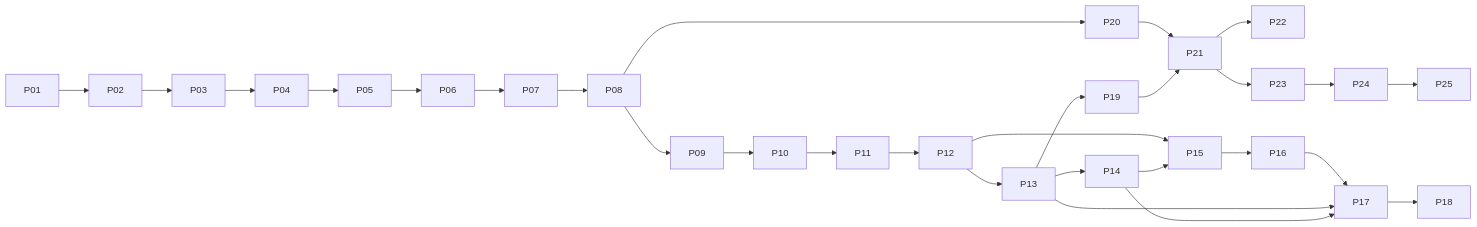
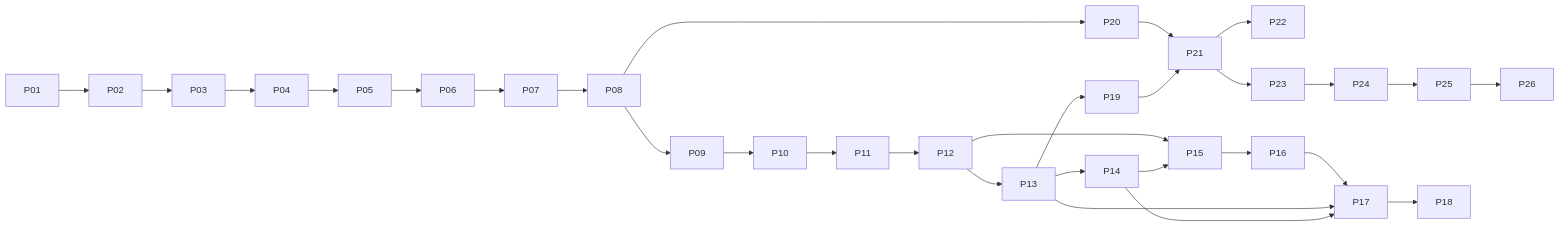
One commit to takemo101/ambien changed the diagram in docs/implementation-plan.md. Above: the diagram before and after it, drawn with Mermaid. The commit also changed other lines of this file and 6 other files, not shown here.

````diff
--- a/docs/implementation-plan.md
+++ b/docs/implementation-plan.md
@@ -108,15 +108,16 @@
 ```mermaid
 flowchart LR
  P01 --> P02 --> P03 --> P04 --> P05 --> P06 --> P07 --> P08 --> P09 --> P10 --> P11 --> P12 --> P13 --> P14
  P12 --> P15
  P13 --> P19
  P08 --> P20
  P20 --> P21
  P19 --> P21
  P21 --> P22
  P21 --> P23
  P23 --> P24 --> P25
+ P25 --> P26
  P14 --> P15 --> P16 --> P17 --> P18
  P13 --> P17
  P14 --> P17
 ```
````
